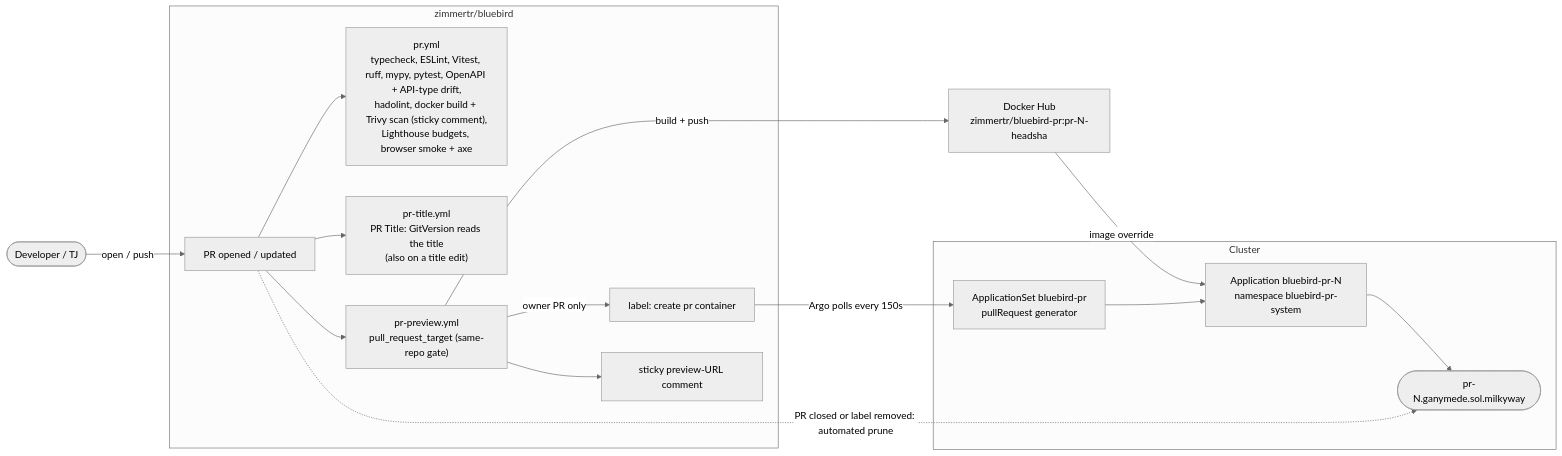
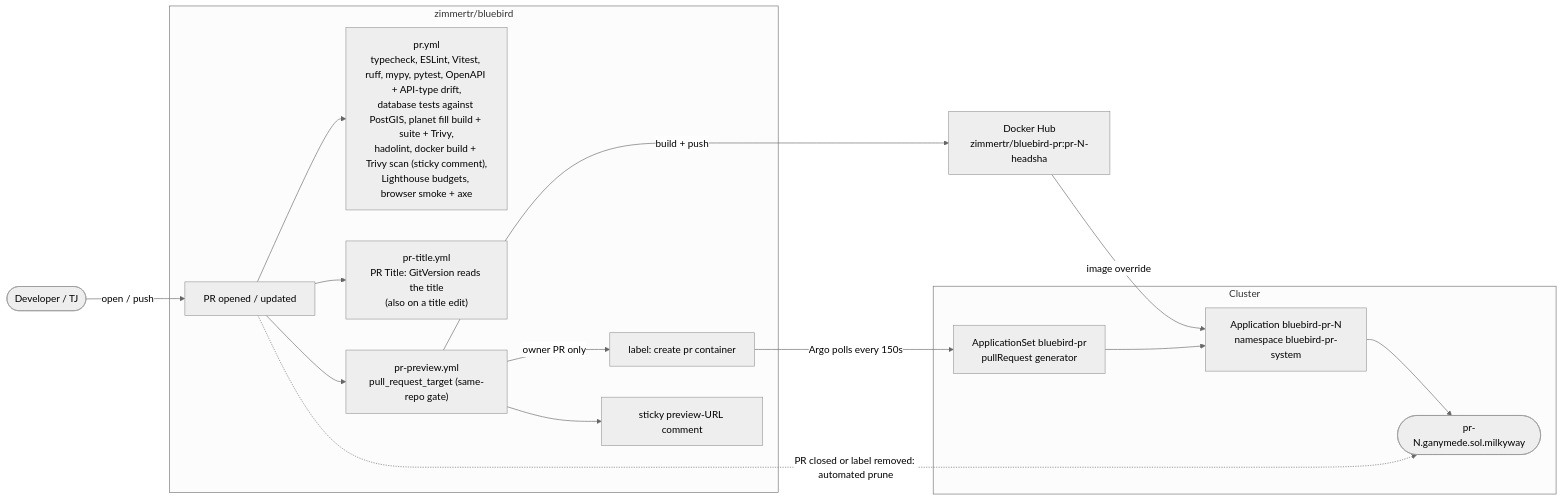
Before and after one commit to zimmertr/bluebird: the fourth of 6 diagrams in docs/CICD.md, drawn with Mermaid (neutral theme). The commit also changed other lines of this file and 159 other files, not shown here.

````diff
--- a/docs/CICD.md
+++ b/docs/CICD.md
@@ -1093,34 +1145,34 @@
 ```mermaid
 flowchart LR
     dev(["Developer / TJ"])
 
     subgraph BB["zimmertr/bluebird"]
         pr["PR opened / updated"]
-        checks["pr.yml<br/>typecheck, ESLint, Vitest, ruff, mypy, pytest, OpenAPI + API-type drift,<br/>hadolint, docker build + Trivy scan (sticky comment),<br/>Lighthouse budgets, browser smoke + axe"]
+        checks["pr.yml<br/>typecheck, ESLint, Vitest, ruff, mypy, pytest, OpenAPI + API-type drift,<br/>database tests against PostGIS, planet fill build + suite + Trivy,<br/>hadolint, docker build + Trivy scan (sticky comment),<br/>Lighthouse budgets, browser smoke + axe"]
         title["pr-title.yml<br/>PR Title: GitVersion reads the title<br/>(also on a title edit)"]
         preview["pr-preview.yml<br/>pull_request_target (same-repo gate)"]
         label["label: create pr container"]
         comment["sticky preview-URL comment"]
     end
 
     dhpr["Docker Hub<br/>zimmertr/bluebird-pr:pr-N-headsha"]
 
     subgraph CL["Cluster"]
         appset["ApplicationSet bluebird-pr<br/>pullRequest generator"]
         app["Application bluebird-pr-N<br/>namespace bluebird-pr-system"]
         env(["pr-N.ganymede.sol.milkyway"])
     end
 
     dev -->|open / push| pr
     pr --> checks
     pr --> title
     pr --> preview
     preview -->|build + push| dhpr
     preview -->|owner PR only| label
     preview --> comment
     label -->|Argo polls every 150s| appset
     appset --> app
     dhpr -->|image override| app
     app --> env
     pr -.->|PR closed or label removed: automated prune| env
 ```
````
